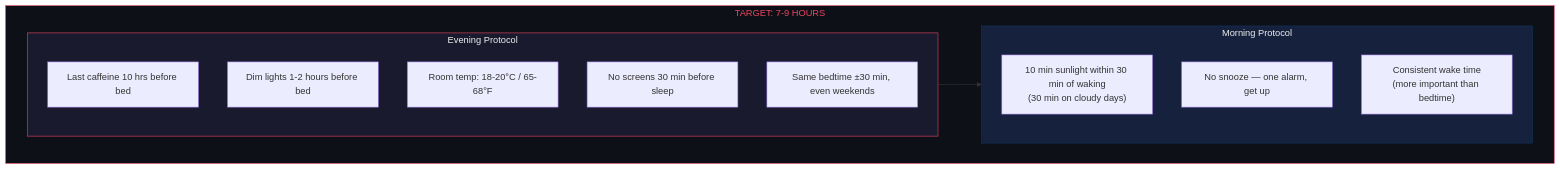
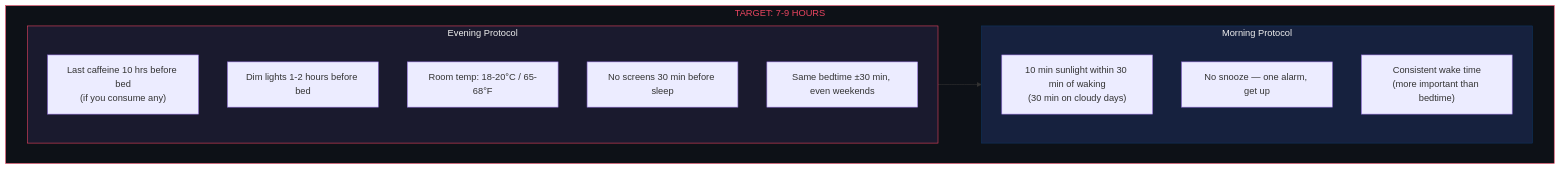
The sixth of 7 diagrams in fitness/training-protocol.md (Cyvid7-Darus10/peak-self), drawn with Mermaid before and after one commit. The commit also changed 3 other files, not shown here.

````diff
--- a/fitness/training-protocol.md
+++ b/fitness/training-protocol.md
@@ -207,23 +207,23 @@
 ```mermaid
 flowchart TB
     subgraph evening["Evening Protocol"]
         direction TB
-        E1["Last caffeine 10 hrs before bed"]
+        E1["Last caffeine 10 hrs before bed<br/>(if you consume any)"]
         E2["Dim lights 1-2 hours before bed"]
         E3["Room temp: 18-20°C / 65-68°F"]
         E4["No screens 30 min before sleep"]
         E5["Same bedtime ±30 min, even weekends"]
     end
     subgraph morning["Morning Protocol"]
         direction TB
         M1["10 min sunlight within 30 min of waking<br/>(30 min on cloudy days)"]
         M2["No snooze — one alarm, get up"]
         M3["Consistent wake time<br/>(more important than bedtime)"]
     end
     subgraph target["TARGET: 7-9 HOURS"]
         evening --> morning
     end
     style evening fill:#1a1a2e,stroke:#e94560,color:#eee
     style morning fill:#16213e,stroke:#0f3460,color:#eee
     style target fill:#0d1117,stroke:#e94560,color:#e94560
 ```
````
